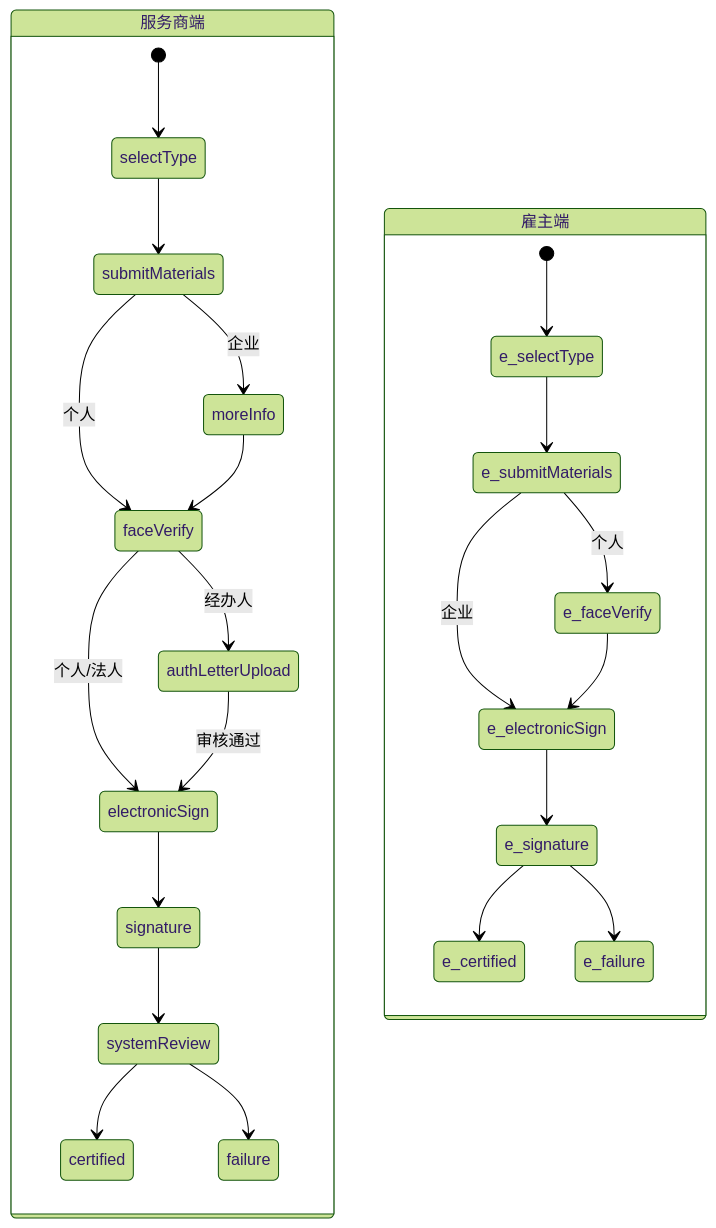
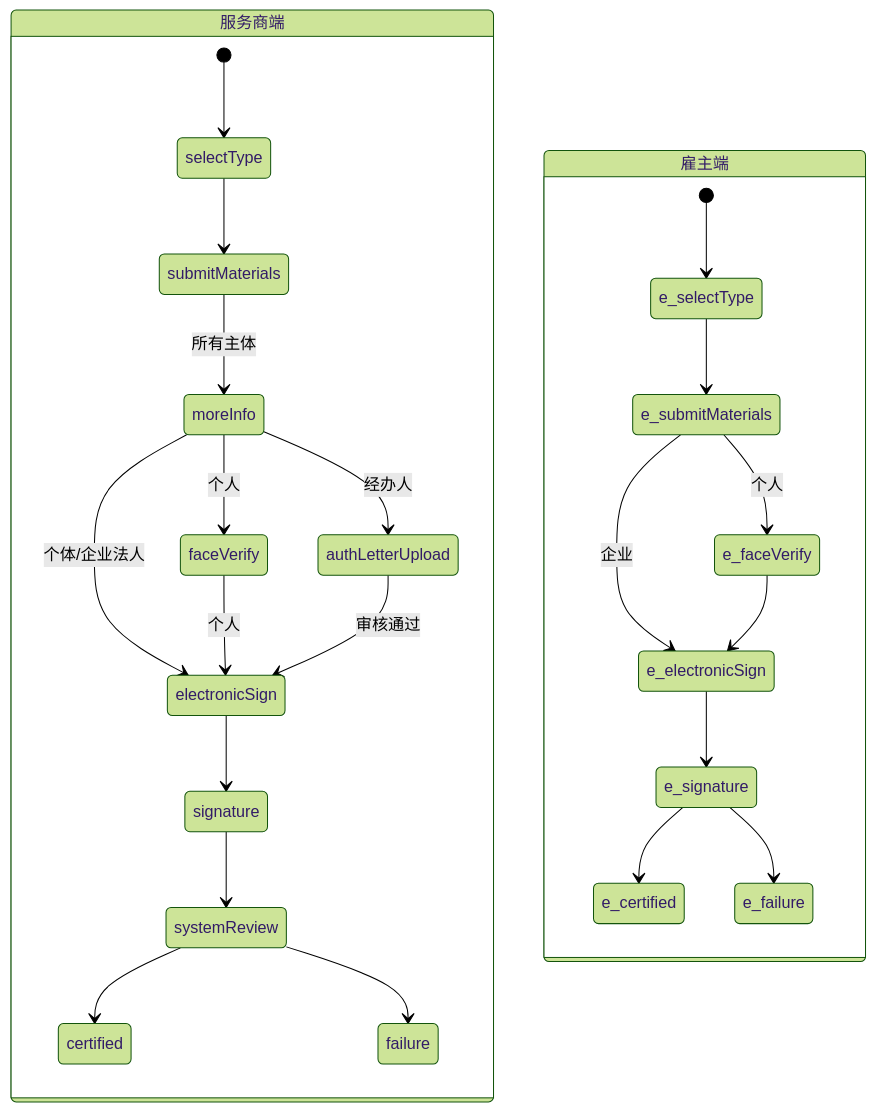
One commit to yugong8898/.md changed the second of 3 diagrams in 需求/进行中/REQ-195/阶段2-技术方案-REQ-195.md. Above: the diagram before and after it, drawn with Mermaid (forest theme). The commit also changed other lines of this file and 4 other files, not shown here.

````diff
--- a/需求/进行中/REQ-195/阶段2-技术方案-REQ-195.md
+++ b/需求/进行中/REQ-195/阶段2-技术方案-REQ-195.md
@@ -71,28 +71,28 @@
 ```mermaid
 stateDiagram-v2
     state "服务商端" as Provider {
         [*] --> selectType
         selectType --> submitMaterials
-        submitMaterials --> moreInfo : 企业
-        submitMaterials --> faceVerify : 个人
-        moreInfo --> faceVerify
-        faceVerify --> authLetterUpload : 经办人
-        faceVerify --> electronicSign : 个人/法人
+        submitMaterials --> moreInfo : 所有主体
+        moreInfo --> faceVerify : 个人
+        moreInfo --> authLetterUpload : 经办人
+        moreInfo --> electronicSign : 个体/企业法人
+        faceVerify --> electronicSign : 个人
         authLetterUpload --> electronicSign : 审核通过
         electronicSign --> signature
         signature --> systemReview
         systemReview --> certified
         systemReview --> failure
     }
 
     state "雇主端" as Employer {
         [*] --> e_selectType
         e_selectType --> e_submitMaterials
         e_submitMaterials --> e_faceVerify : 个人
         e_submitMaterials --> e_electronicSign : 企业
         e_faceVerify --> e_electronicSign
         e_electronicSign --> e_signature
         e_signature --> e_certified
         e_signature --> e_failure
     }
 ```
````
